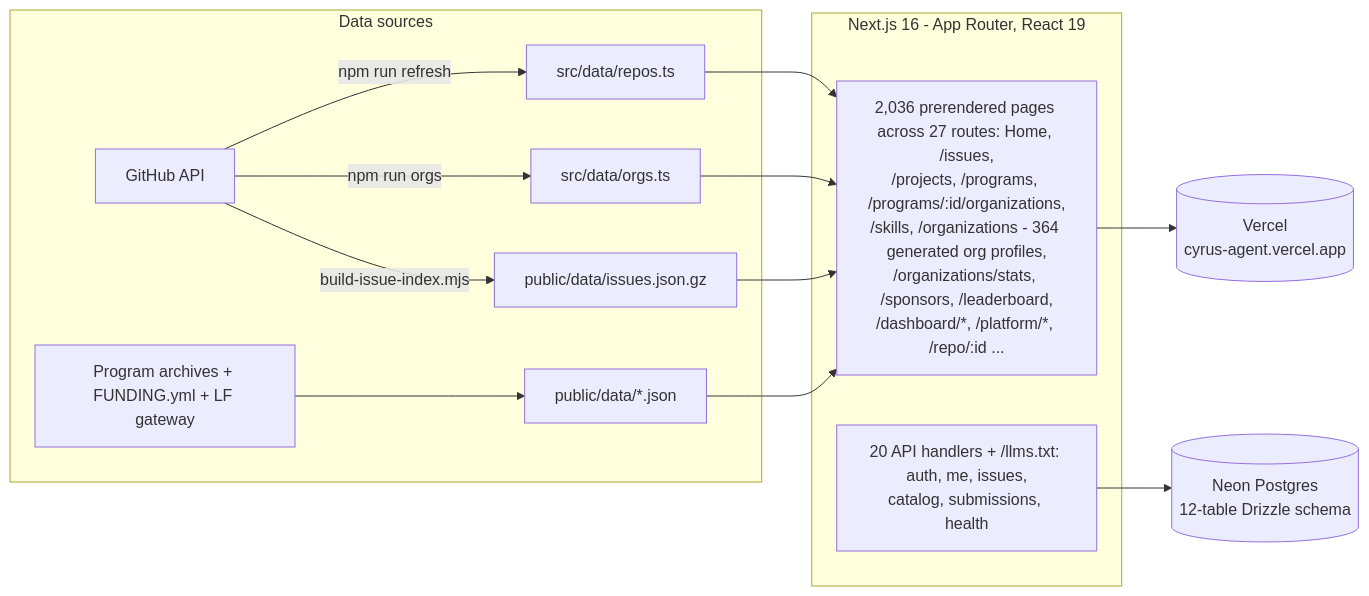
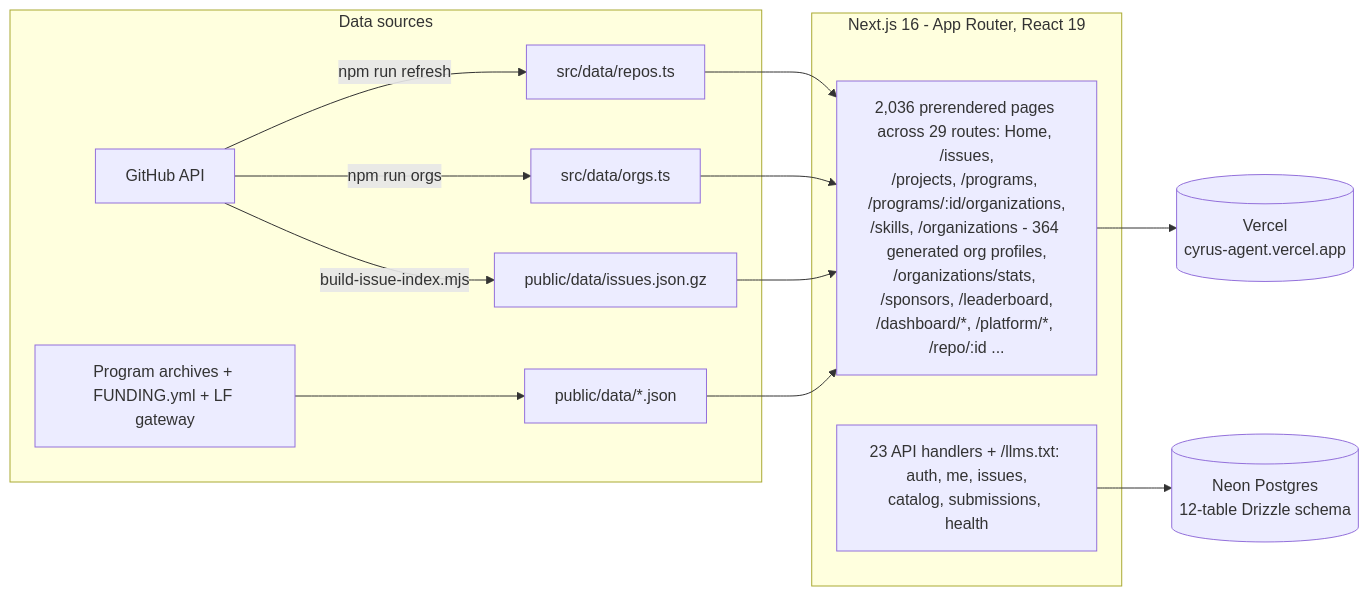
The second of 2 diagrams in README.md (adityalenova/cyrus), drawn with Mermaid before and after one commit. The commit also changed other lines of this file and 28 other files, not shown here.

````diff
--- a/README.md
+++ b/README.md
@@ -342,15 +347,15 @@
 ```mermaid
 flowchart LR
     subgraph sources [Data sources]
         GH[GitHub API] -->|npm run refresh| D1[src/data/repos.ts]
         GH -->|npm run orgs| D2[src/data/orgs.ts]
         GH -->|build-issue-index.mjs| D3[public/data/issues.json.gz]
         SOC[Program archives + FUNDING.yml + LF gateway] --> D4[public/data/*.json]
     end
     subgraph app [Next.js 16 - App Router, React 19]
-        D1 & D2 & D3 & D4 --> PAGES[2,036 prerendered pages across 27 routes: Home, /issues,<br/>/projects, /programs, /programs/:id/organizations,<br/>/skills, /organizations - 364 generated org profiles,<br/>/organizations/stats, /sponsors, /leaderboard,<br/>/dashboard/*, /platform/*, /repo/:id ...]
-        API[20 API handlers + /llms.txt: auth, me, issues,<br/>catalog, submissions, health]
+        D1 & D2 & D3 & D4 --> PAGES[2,036 prerendered pages across 29 routes: Home, /issues,<br/>/projects, /programs, /programs/:id/organizations,<br/>/skills, /organizations - 364 generated org profiles,<br/>/organizations/stats, /sponsors, /leaderboard,<br/>/dashboard/*, /platform/*, /repo/:id ...]
+        API[23 API handlers + /llms.txt: auth, me, issues,<br/>catalog, submissions, health]
     end
     PAGES --> V[(Vercel<br/>cyrus-agent.vercel.app)]
     API --> DB[(Neon Postgres<br/>12-table Drizzle schema)]
 ```
````
